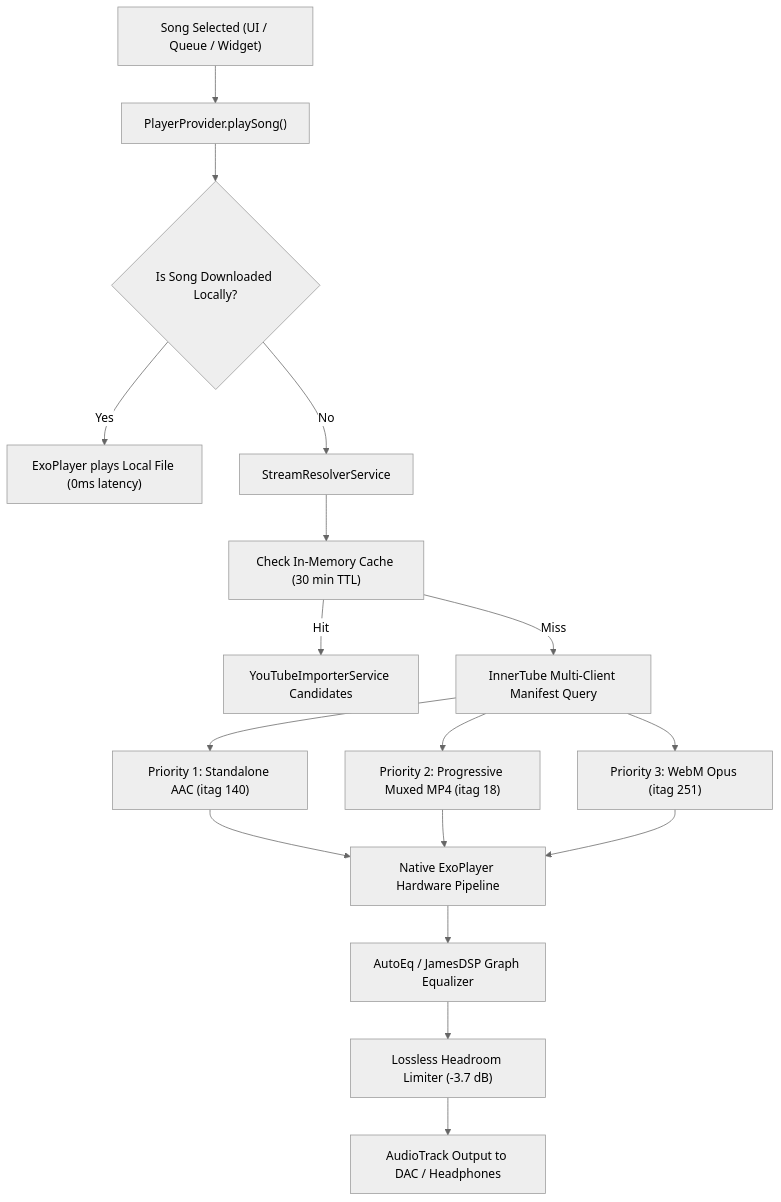
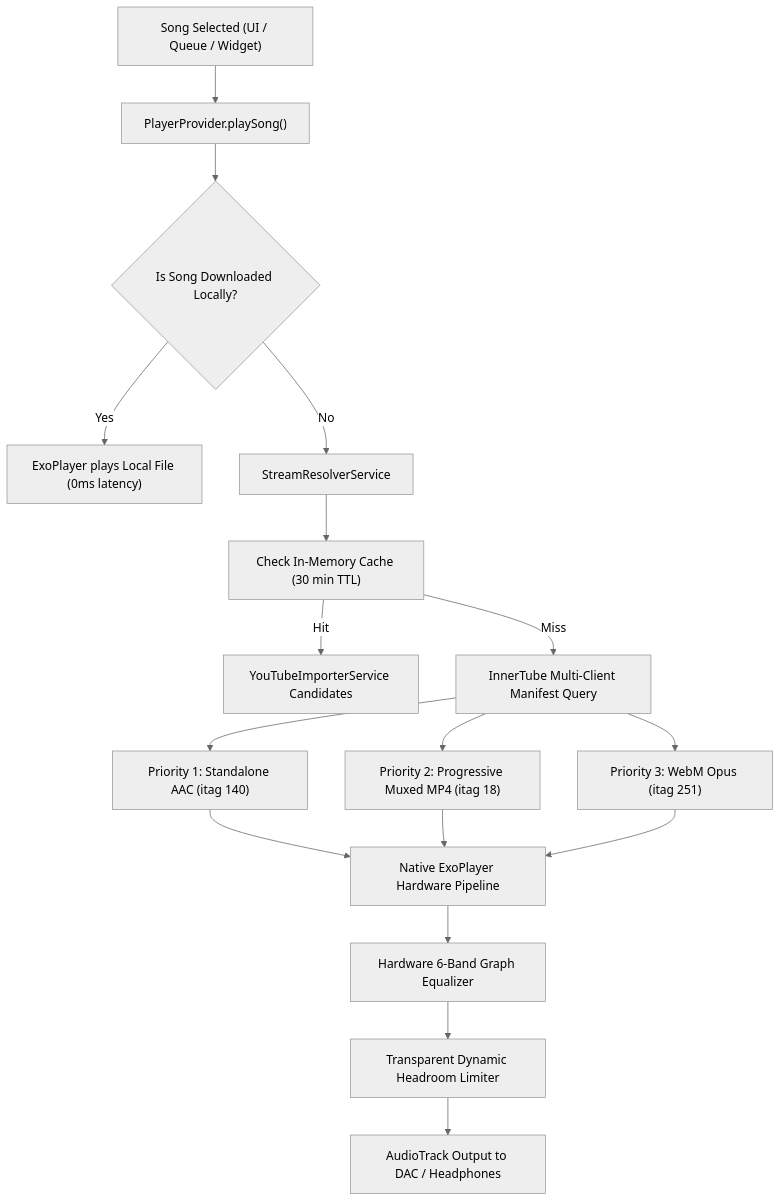
Before and after one commit to taezeem14/Sine: the diagram in README.md, drawn with Mermaid (neutral theme). The commit also changed other lines of this file and 184 other files, not shown here.

````diff
--- a/README.md
+++ b/README.md
@@ -180,20 +180,20 @@
 ```mermaid
 flowchart TD
     A["Song Selected (UI / Queue / Widget)"] --> B["PlayerProvider.playSong()"]
     B --> C{"Is Song Downloaded Locally?"}
     C -- "Yes" --> D["ExoPlayer plays Local File (0ms latency)"]
     C -- "No" --> E["StreamResolverService"]
 
     E --> F["Check In-Memory Cache (30 min TTL)"]
     F -- "Hit" --> G["YouTubeImporterService Candidates"]
     F -- "Miss" --> H["InnerTube Multi-Client Manifest Query"]
 
     H --> I["Priority 1: Standalone AAC (itag 140)"]
     H --> J["Priority 2: Progressive Muxed MP4 (itag 18)"]
     H --> K["Priority 3: WebM Opus (itag 251)"]
 
     I & J & K --> L["Native ExoPlayer Hardware Pipeline"]
-    L --> M["AutoEq / JamesDSP Graph Equalizer"]
-    M --> N["Lossless Headroom Limiter (-3.7 dB)"]
+    L --> M["Hardware 6-Band Graph Equalizer"]
+    M --> N["Transparent Dynamic Headroom Limiter"]
     N --> O["AudioTrack Output to DAC / Headphones"]
 ```
````
